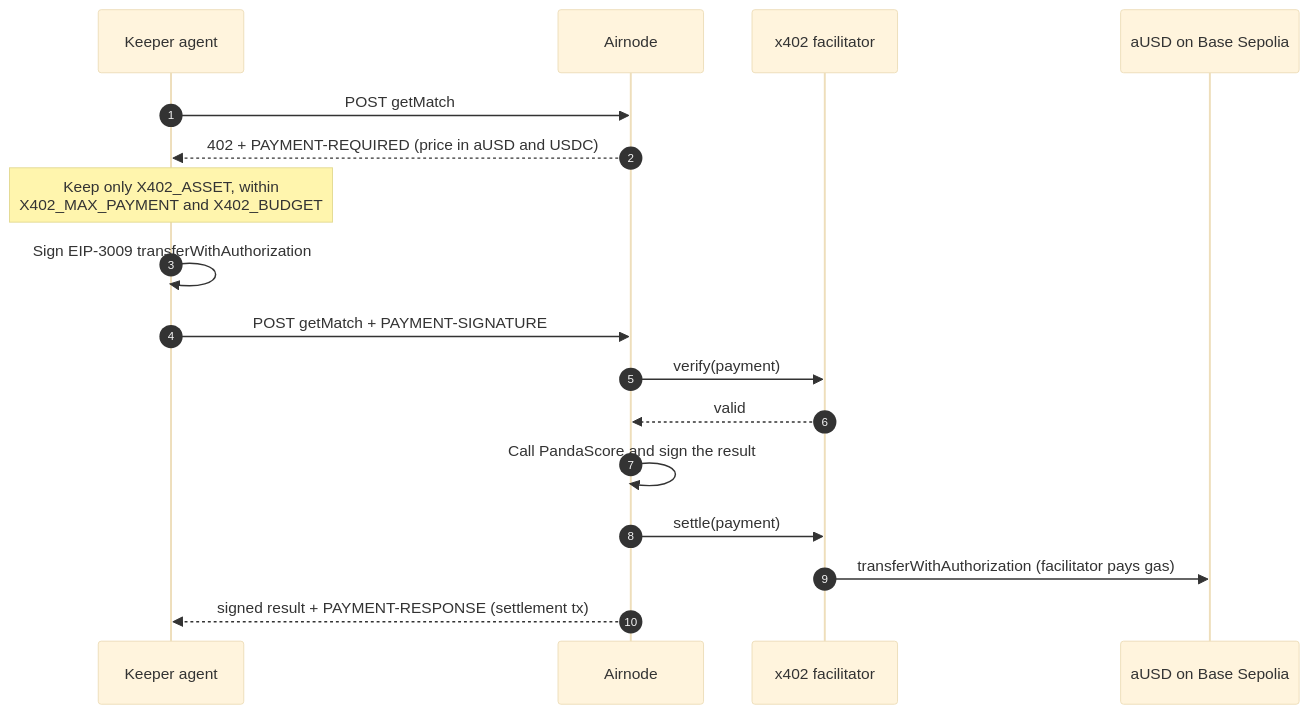
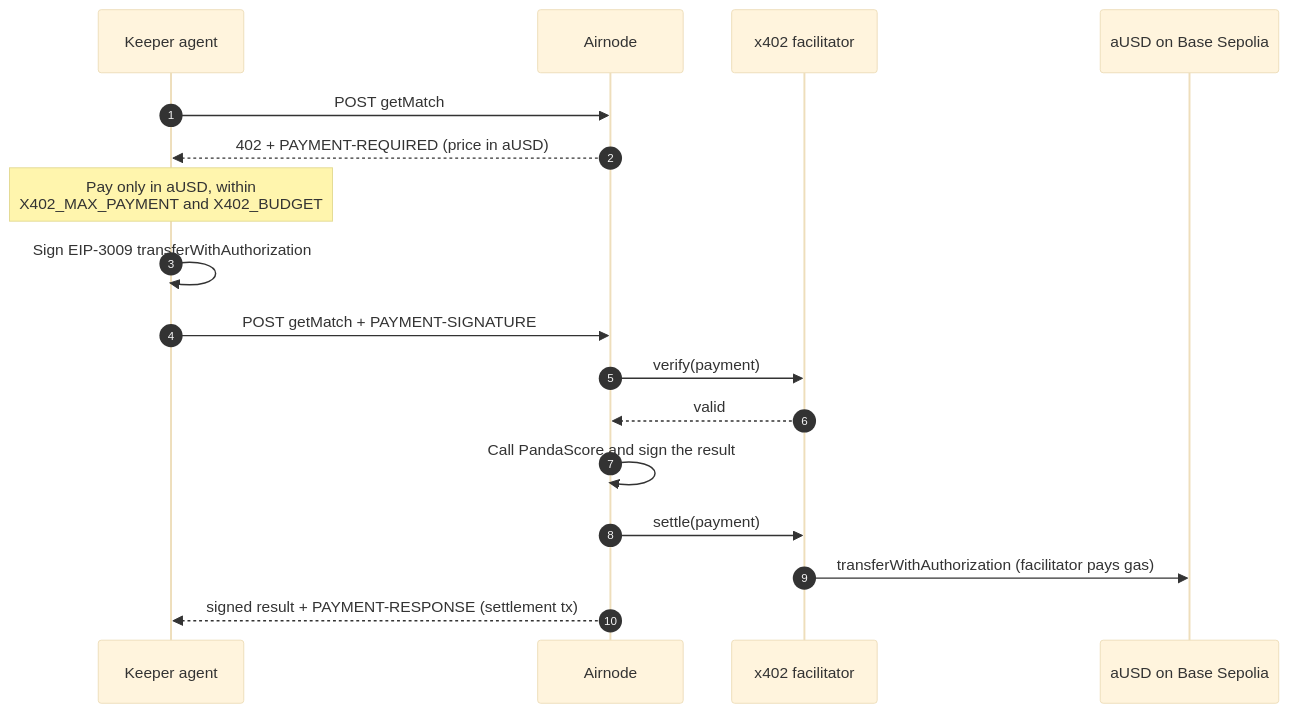
Before and after one commit to billyjitsu/esports-market: the seventh of 7 diagrams in README.md, drawn with Mermaid (base theme). The commit also changed other lines of this file and 16 other files, not shown here.

First line of the commit message:
Pay the real Airnode in aUSD only

````diff
--- a/README.md
+++ b/README.md
@@ -266,19 +266,19 @@
 ```mermaid
 sequenceDiagram
     autonumber
     participant Agent as Keeper agent
     participant Airnode as Airnode
     participant Fac as x402 facilitator
     participant Token as aUSD on Base Sepolia
     Agent->>Airnode: POST getMatch
-    Airnode-->>Agent: 402 + PAYMENT-REQUIRED (price in aUSD and USDC)
-    Note over Agent: Keep only X402_ASSET, within<br/>X402_MAX_PAYMENT and X402_BUDGET
+    Airnode-->>Agent: 402 + PAYMENT-REQUIRED (price in aUSD)
+    Note over Agent: Pay only in aUSD, within<br/>X402_MAX_PAYMENT and X402_BUDGET
     Agent->>Agent: Sign EIP-3009 transferWithAuthorization
     Agent->>Airnode: POST getMatch + PAYMENT-SIGNATURE
     Airnode->>Fac: verify(payment)
     Fac-->>Airnode: valid
     Airnode->>Airnode: Call PandaScore and sign the result
     Airnode->>Fac: settle(payment)
     Fac->>Token: transferWithAuthorization (facilitator pays gas)
     Airnode-->>Agent: signed result + PAYMENT-RESPONSE (settlement tx)
 ```
````
